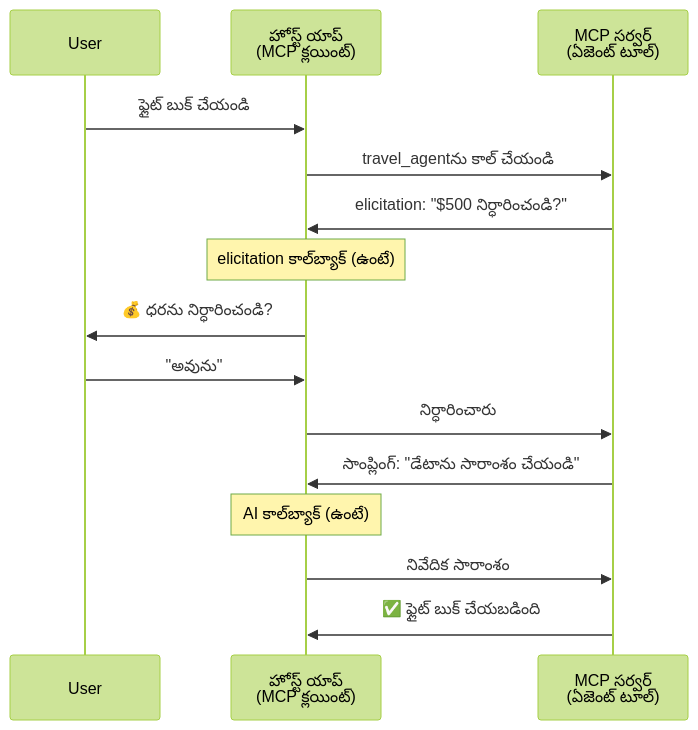
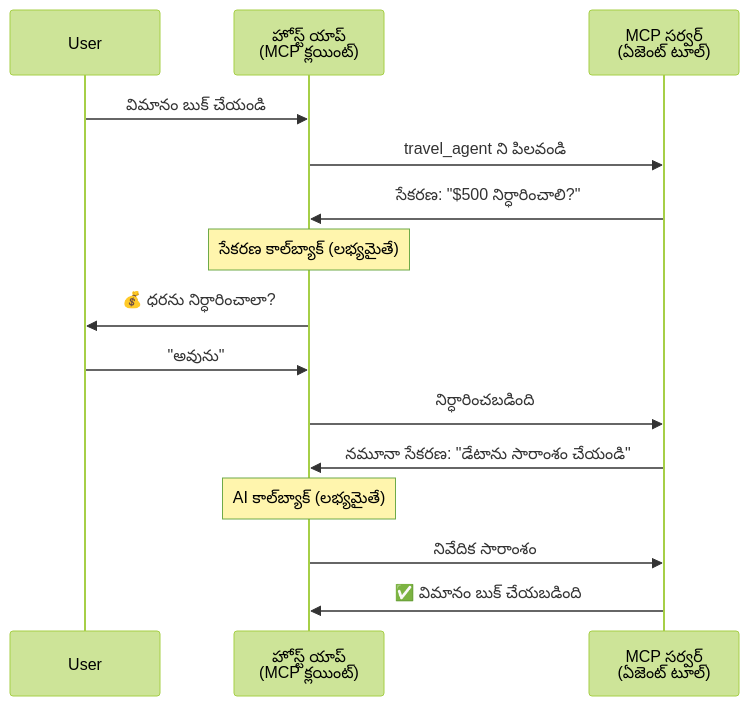
The fourth of 5 diagrams in mirrors/repos/microsoft@ai-agents-for-beginners/translations/te/11-agentic-protocols/code_samples/mcp-agents/README.md (gabrielmoreira/agent-skills-mirror), drawn with Mermaid (forest theme) before and after one commit. The commit also changed other lines of this file and 4262 other files, not shown here.

````diff
--- a/mirrors/repos/microsoft@ai-agents-for-beginners/translations/te/11-agentic-protocols/code_samples/mcp-agents/README.md
+++ b/mirrors/repos/microsoft@ai-agents-for-beginners/translations/te/11-agentic-protocols/code_samples/mcp-agents/README.md
@@ -163,21 +163,21 @@
 ```mermaid
 sequenceDiagram
     participant User
     participant Host as హోస్ట్ యాప్<br/>(MCP క్లయింట్)
     participant Server as MCP సర్వర్<br/>(ఏజెంట్ టూల్)
 
-    User->>Host: ఫ్లైట్ బుక్ చేయండి
-    Host->>Server: travel_agent‌ను కాల్ చేయండి
+    User->>Host: విమానం బుక్ చేయండి
+    Host->>Server: travel_agent ని పిలవండి
 
-    Server->>Host: elicitation: "$500 నిర్ధారించండి?"
-    Note over Host: elicitation కాల్‌బ్యాక్ (ఉంటే)
-    Host->>User: 💰 ధరను నిర్ధారించండి?
+    Server->>Host: సేకరణ: "$500 నిర్ధారించాలి?"
+    Note over Host: సేకరణ కాల్‌బ్యాక్ (లభ్యమైతే)
+    Host->>User: 💰 ధరను నిర్ధారించాలా?
     User->>Host: "అవును"
-    Host->>Server: నిర్ధారించారు
+    Host->>Server: నిర్ధారించబడింది
 
-    Server->>Host: సాంప్లింగ్: "డేటాను సారాంశం చేయండి"
-    Note over Host: AI కాల్‌బ్యాక్ (ఉంటే)
+    Server->>Host: నమూనా సేకరణ: "డేటాను సారాంశం చేయండి"
+    Note over Host: AI కాల్‌బ్యాక్ (లభ్యమైతే)
     Host->>Server: నివేదిక సారాంశం
 
-    Server->>Host: ✅ ఫ్లైట్ బుక్ చేయబడింది
+    Server->>Host: ✅ విమానం బుక్ చేయబడింది
 ```
````
